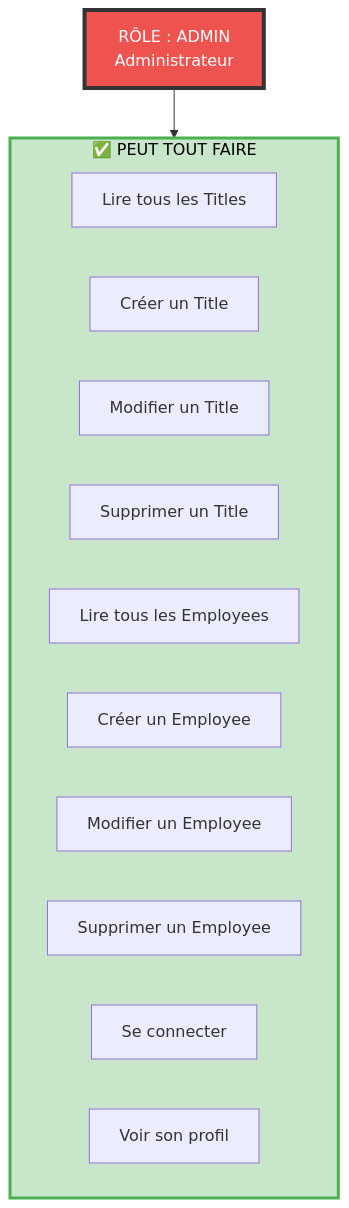
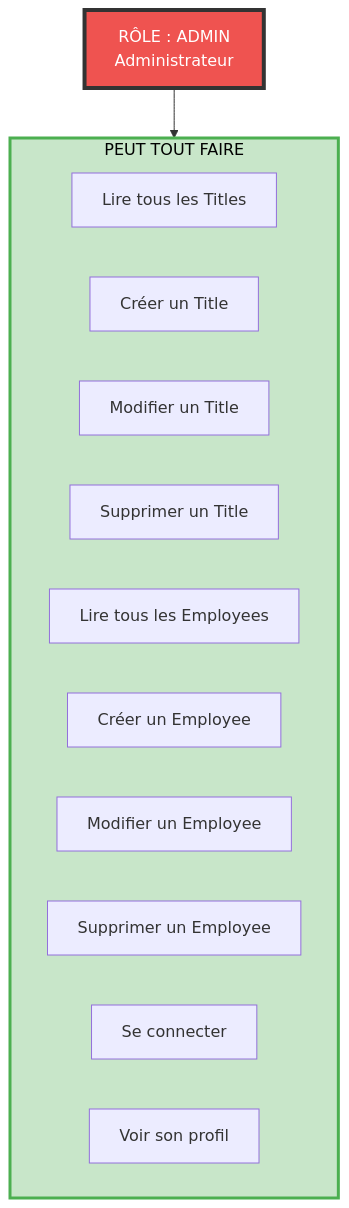
Before and after one commit to inskillflow/ASPNETCORE-WEB-API-XtraWork-PART-2-INTEGRER-INTERFACES-1: the sixth of 9 diagrams in XtraWork/15-GUIDE_TEST_SWAGGER_PAR_ROLE.md, drawn with Mermaid. The commit also changed other lines of this file, not shown here.

````diff
--- a/XtraWork/15-GUIDE_TEST_SWAGGER_PAR_ROLE.md
+++ b/XtraWork/15-GUIDE_TEST_SWAGGER_PAR_ROLE.md
@@ -679,22 +679,22 @@
 ```mermaid
 graph TB
     Admin[RÔLE : ADMIN<br/>Administrateur]
     
-    subgraph Autorisé [✅ PEUT TOUT FAIRE]
+    subgraph Autorise[PEUT TOUT FAIRE]
         A1[Lire tous les Titles]
         A2[Créer un Title]
         A3[Modifier un Title]
         A4[Supprimer un Title]
         A5[Lire tous les Employees]
         A6[Créer un Employee]
         A7[Modifier un Employee]
         A8[Supprimer un Employee]
         A9[Se connecter]
         A10[Voir son profil]
     end
     
-    Admin --> Autorisé
+    Admin --> Autorise
     
     style Admin fill:#EF5350,color:#fff,stroke:#333,stroke-width:4px
-    style Autorisé fill:#C8E6C9,color:#000,stroke:#4CAF50,stroke-width:3px
+    style Autorise fill:#C8E6C9,color:#000,stroke:#4CAF50,stroke-width:3px
 ```
````
